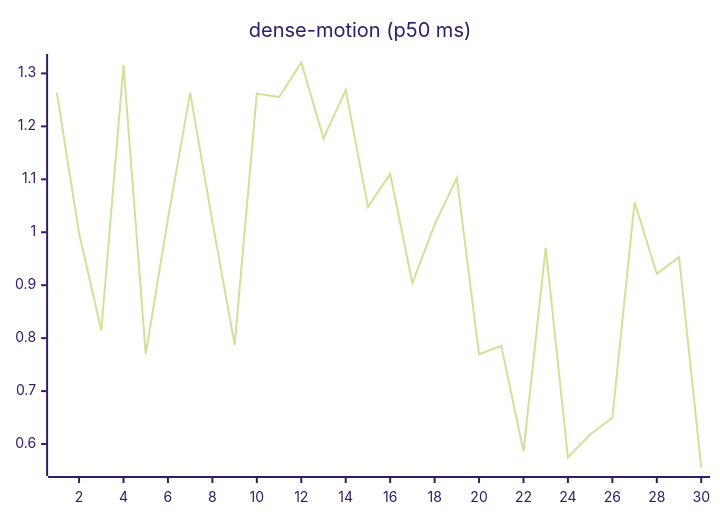
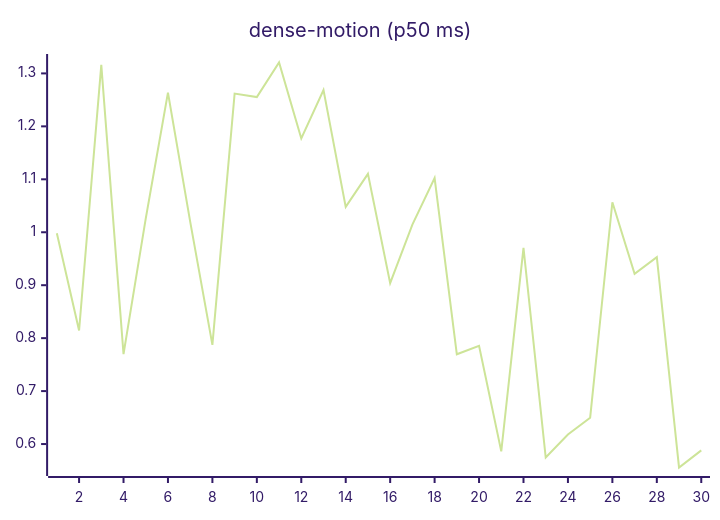
The ninth of 27 diagrams in README.md (josha/Facet), drawn with Mermaid (forest theme) before and after one commit. The commit also changed other lines of this file and 2 other files, not shown here.

````diff
--- a/README.md
+++ b/README.md
@@ -119,6 +119,6 @@
 ```mermaid
 xychart-beta
     title "dense-motion (p50 ms)"
     x-axis 1 --> 30
-    line [1.2636, 0.9981, 0.8144, 1.3160, 0.7697, 1.0258, 1.2636, 1.0200, 0.7874, 1.2619, 1.2553, 1.3206, 1.1772, 1.2685, 1.0480, 1.1102, 0.9040, 1.0144, 1.1023, 0.7695, 0.7856, 0.5862, 0.9706, 0.5746, 0.6181, 0.6498, 1.0567, 0.9215, 0.9530, 0.5557]
+    line [0.9981, 0.8144, 1.3160, 0.7697, 1.0258, 1.2636, 1.0200, 0.7874, 1.2619, 1.2553, 1.3206, 1.1772, 1.2685, 1.0480, 1.1102, 0.9040, 1.0144, 1.1023, 0.7695, 0.7856, 0.5862, 0.9706, 0.5746, 0.6181, 0.6498, 1.0567, 0.9215, 0.9530, 0.5557, 0.5881]
 ```
````
